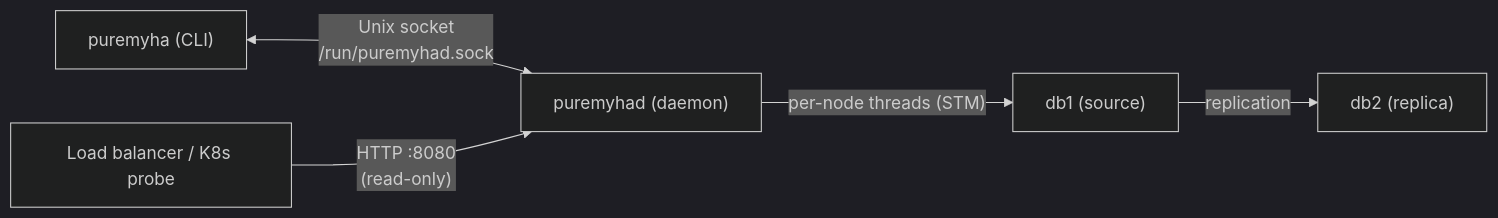
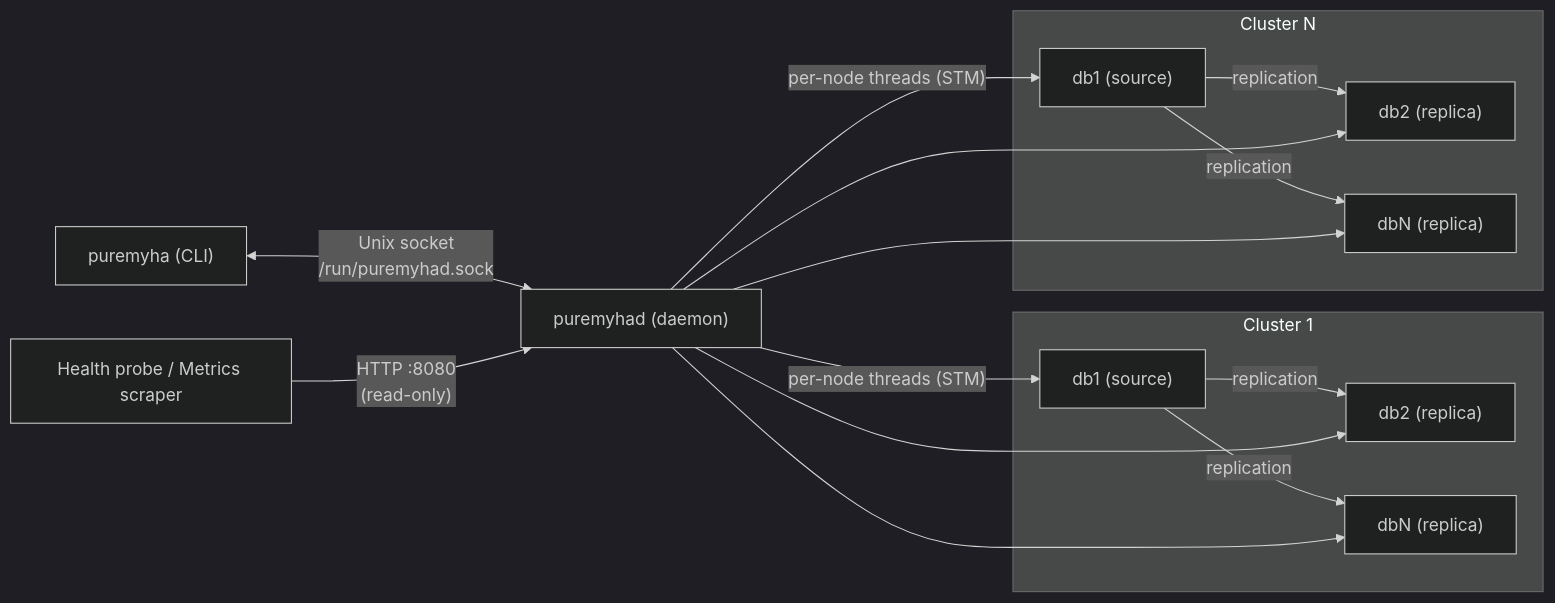
Before and after one commit to ikaro1192/PureMyHA: the diagram in README.md, drawn with Mermaid (dark theme).

Commit message:
docs: update architecture diagram to reflect multi-cluster and multi-replica support
- Add monitoring arrows from puremyhad to all replica nodes (not just source)
- Show multiple replicas per cluster (db2, dbN) using Mermaid subgraphs
- Show multiple clusters (Cluster 1, Cluster N) to reflect multi-cluster support
- Rename "Load balancer / K8s probe" to "Health probe / Metrics scraper" to
  better represent all HTTP consumers (health checks, LB routing, Prometheus)

Closes #70

````diff
--- a/README.md
+++ b/README.md
@@ -53,7 +53,28 @@
 ```mermaid
 graph LR
     CLI["puremyha (CLI)"] <-->|"Unix socket\n/run/puremyhad.sock"| Daemon["puremyhad (daemon)"]
-    LB["Load balancer / K8s probe"] -->|"HTTP :8080\n(read-only)"| Daemon
-    Daemon -->|"per-node threads (STM)"| db1["db1 (source)"]
-    db1 -->|replication| db2["db2 (replica)"]
+    LB["Health probe / Metrics scraper"] -->|"HTTP :8080\n(read-only)"| Daemon
+
+    subgraph cluster1["Cluster 1"]
+        src1["db1 (source)"]
+        rep1a["db2 (replica)"]
+        rep1n["dbN (replica)"]
+        src1 -->|replication| rep1a
+        src1 -->|replication| rep1n
+    end
+
+    subgraph clusterN["Cluster N"]
+        srcN["db1 (source)"]
+        repNa["db2 (replica)"]
+        repNn["dbN (replica)"]
+        srcN -->|replication| repNa
+        srcN -->|replication| repNn
+    end
+
+    Daemon -->|"per-node threads (STM)"| src1
+    Daemon --> rep1a
+    Daemon --> rep1n
+    Daemon -->|"per-node threads (STM)"| srcN
+    Daemon --> repNa
+    Daemon --> repNn
 ```
````
